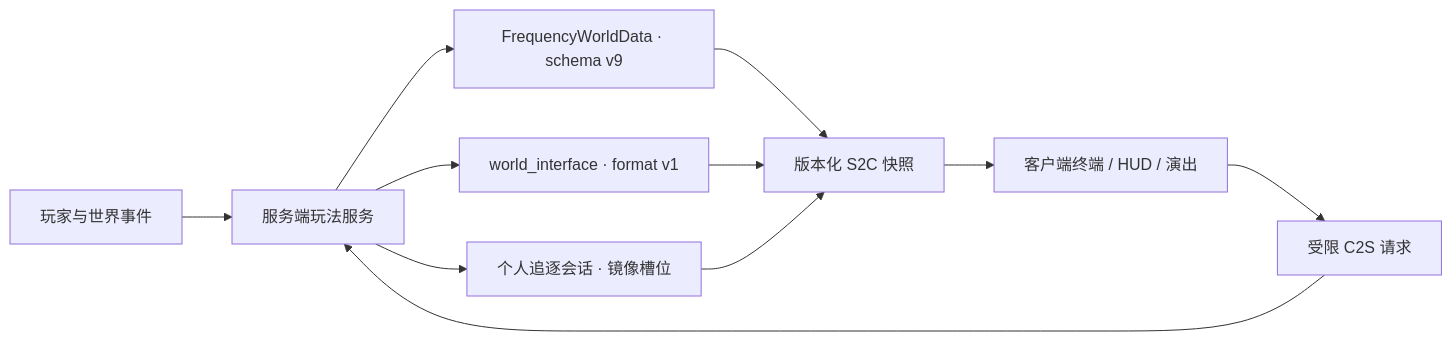
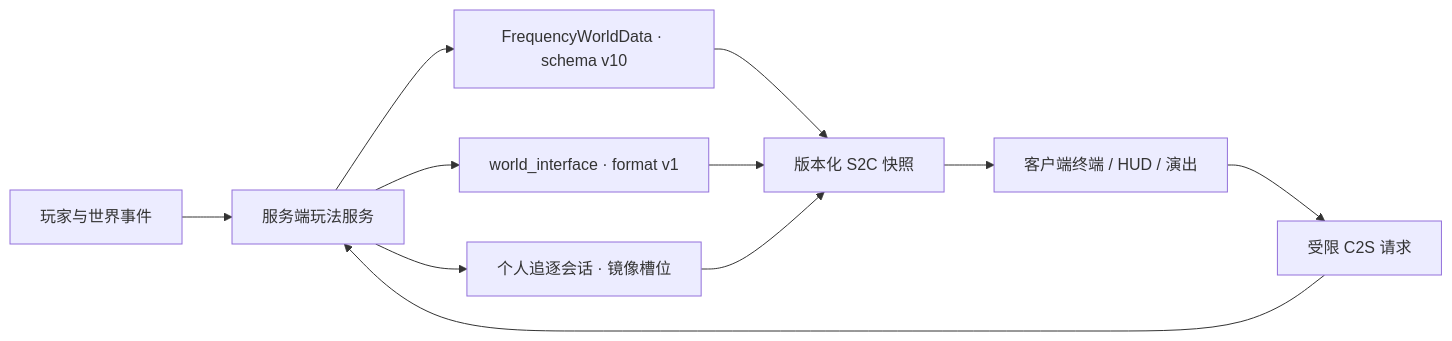
One commit to xiaoming6680/MC-The-Fourth-Frequency changed the diagram in docs/architecture.md. Above: the diagram before and after it, drawn with Mermaid. The commit also changed other lines of this file and 170 other files, not shown here.

````diff
--- a/docs/architecture.md
+++ b/docs/architecture.md
@@ -36,13 +36,13 @@
 ```mermaid
 flowchart LR
     P["玩家与世界事件"] --> S["服务端玩法服务"]
-    S --> W["FrequencyWorldData · schema v9"]
+    S --> W["FrequencyWorldData · schema v10"]
     S --> I["world_interface · format v1"]
     S --> R["个人追逐会话 · 镜像槽位"]
     W --> N["版本化 S2C 快照"]
     I --> N
     R --> N
     N --> C["客户端终端 / HUD / 演出"]
     C --> Q["受限 C2S 请求"]
     Q --> S
 ```
````
